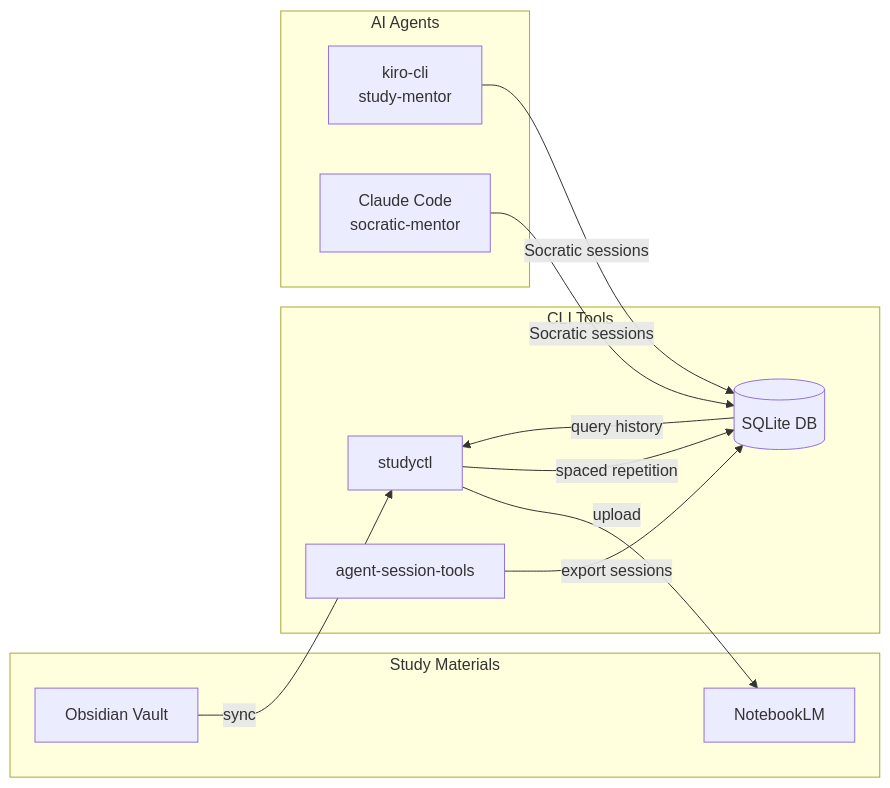
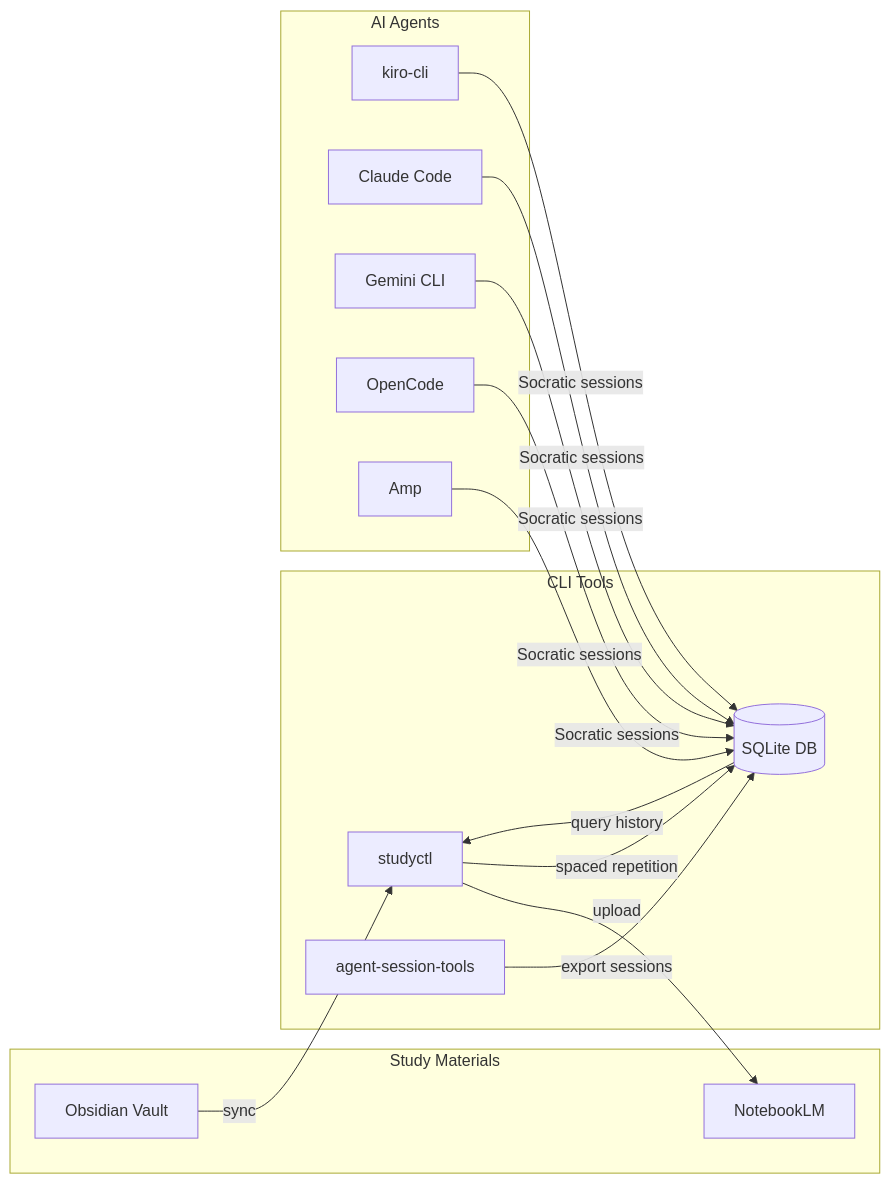
The diagram in docs/index.md (NetDevAutomate/StudyLoop), drawn with Mermaid before and after one commit. The commit also changed other lines of this file and 10 other files, not shown here.

````diff
--- a/docs/index.md
+++ b/docs/index.md
@@ -29,26 +29,32 @@
 ```mermaid
 graph LR
     subgraph "Study Materials"
         OB[Obsidian Vault]
         NLM[NotebookLM]
     end
 
     subgraph "CLI Tools"
         SC[studyctl]
         AST[agent-session-tools]
         DB[(SQLite DB)]
     end
 
     subgraph "AI Agents"
-        KA[kiro-cli<br/>study-mentor]
-        CA[Claude Code<br/>socratic-mentor]
+        KA[kiro-cli]
+        CA[Claude Code]
+        GA[Gemini CLI]
+        OA[OpenCode]
+        AA[Amp]
     end
 
     OB -->|sync| SC
     SC -->|upload| NLM
     SC -->|spaced repetition| DB
     AST -->|export sessions| DB
     DB -->|query history| SC
     KA -->|Socratic sessions| DB
     CA -->|Socratic sessions| DB
+    GA -->|Socratic sessions| DB
+    OA -->|Socratic sessions| DB
+    AA -->|Socratic sessions| DB
 ```
````
